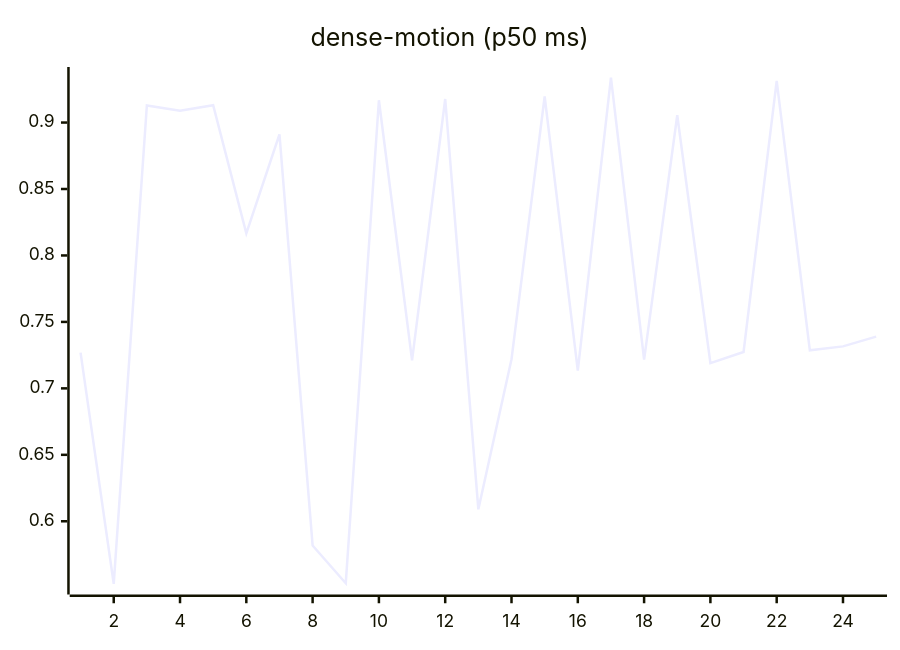
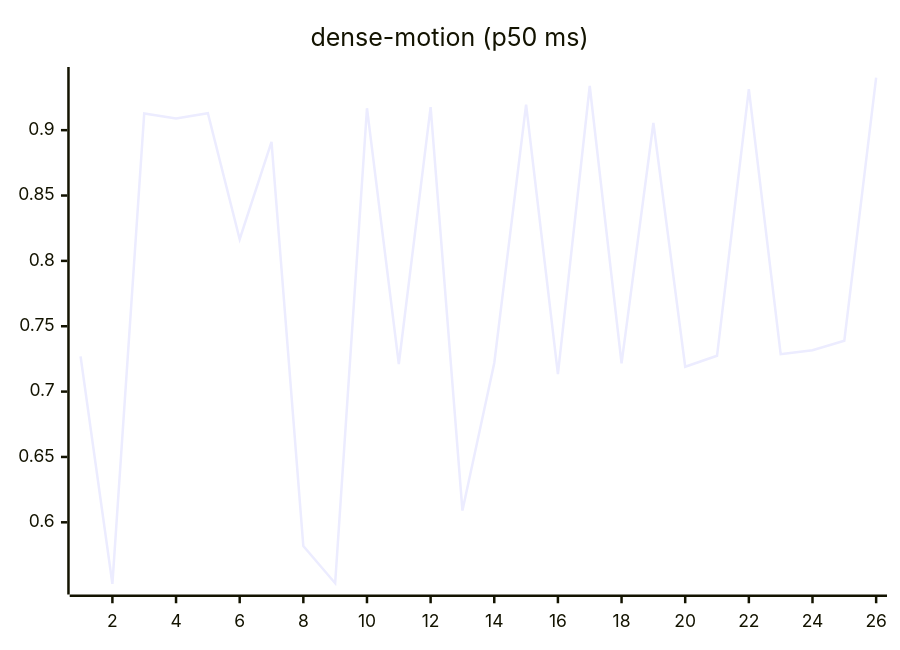
One commit to josha/Facet changed the ninth of 27 diagrams in README.md. Above: the diagram before and after it, drawn with Mermaid. The commit also changed other lines of this file and 2 other files, not shown here.

````diff
--- a/README.md
+++ b/README.md
@@ -119,6 +119,6 @@
 ```mermaid
 xychart-beta
     title "dense-motion (p50 ms)"
-    x-axis 1 --> 25
-    line [0.7269, 0.5529, 0.9128, 0.9089, 0.9130, 0.8166, 0.8911, 0.5818, 0.5534, 0.9168, 0.7211, 0.9177, 0.6090, 0.7219, 0.9196, 0.7134, 0.9338, 0.7216, 0.9055, 0.7190, 0.7274, 0.9314, 0.7286, 0.7316, 0.7389]
+    x-axis 1 --> 26
+    line [0.7269, 0.5529, 0.9128, 0.9089, 0.9130, 0.8166, 0.8911, 0.5818, 0.5534, 0.9168, 0.7211, 0.9177, 0.6090, 0.7219, 0.9196, 0.7134, 0.9338, 0.7216, 0.9055, 0.7190, 0.7274, 0.9314, 0.7286, 0.7316, 0.7389, 0.9402]
 ```
````
